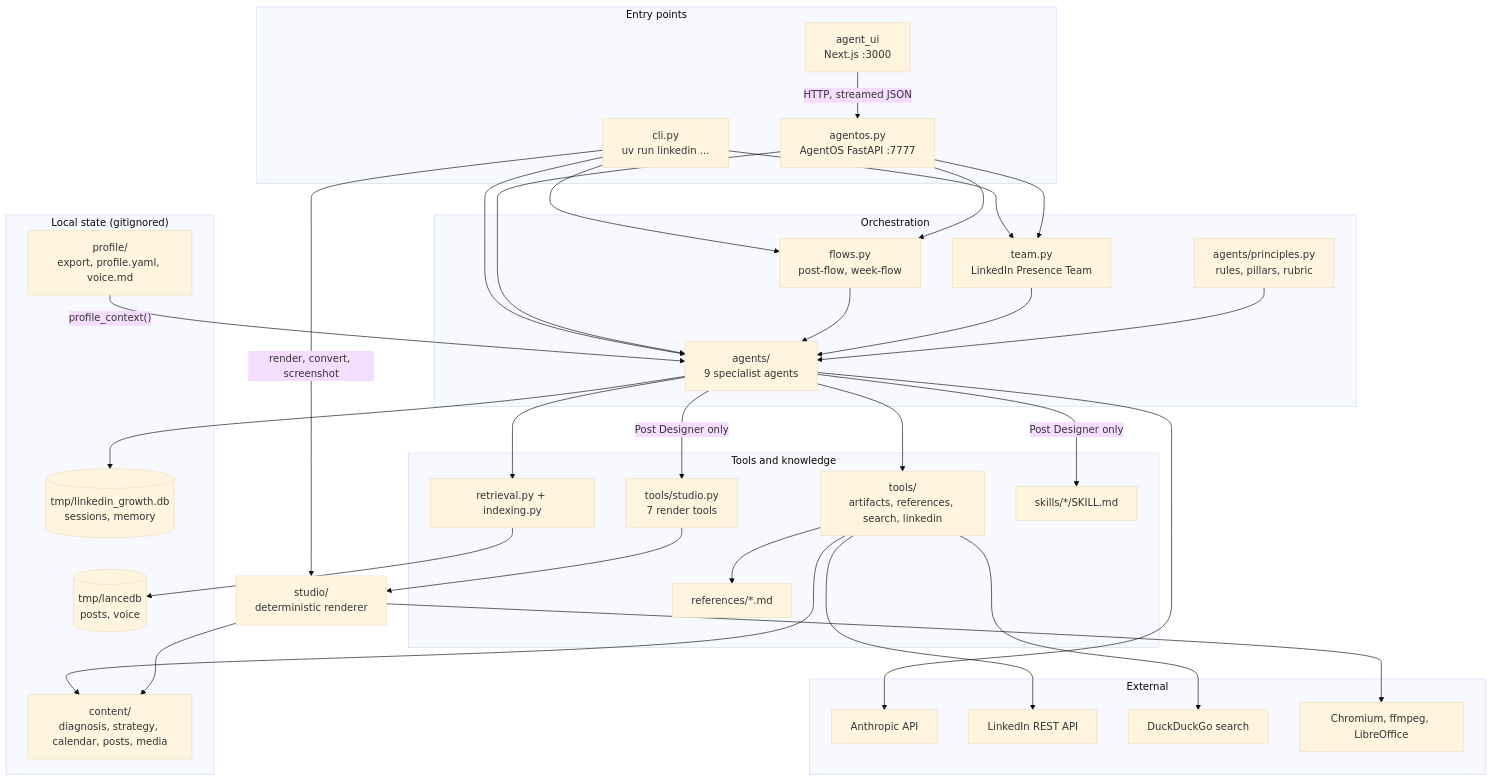
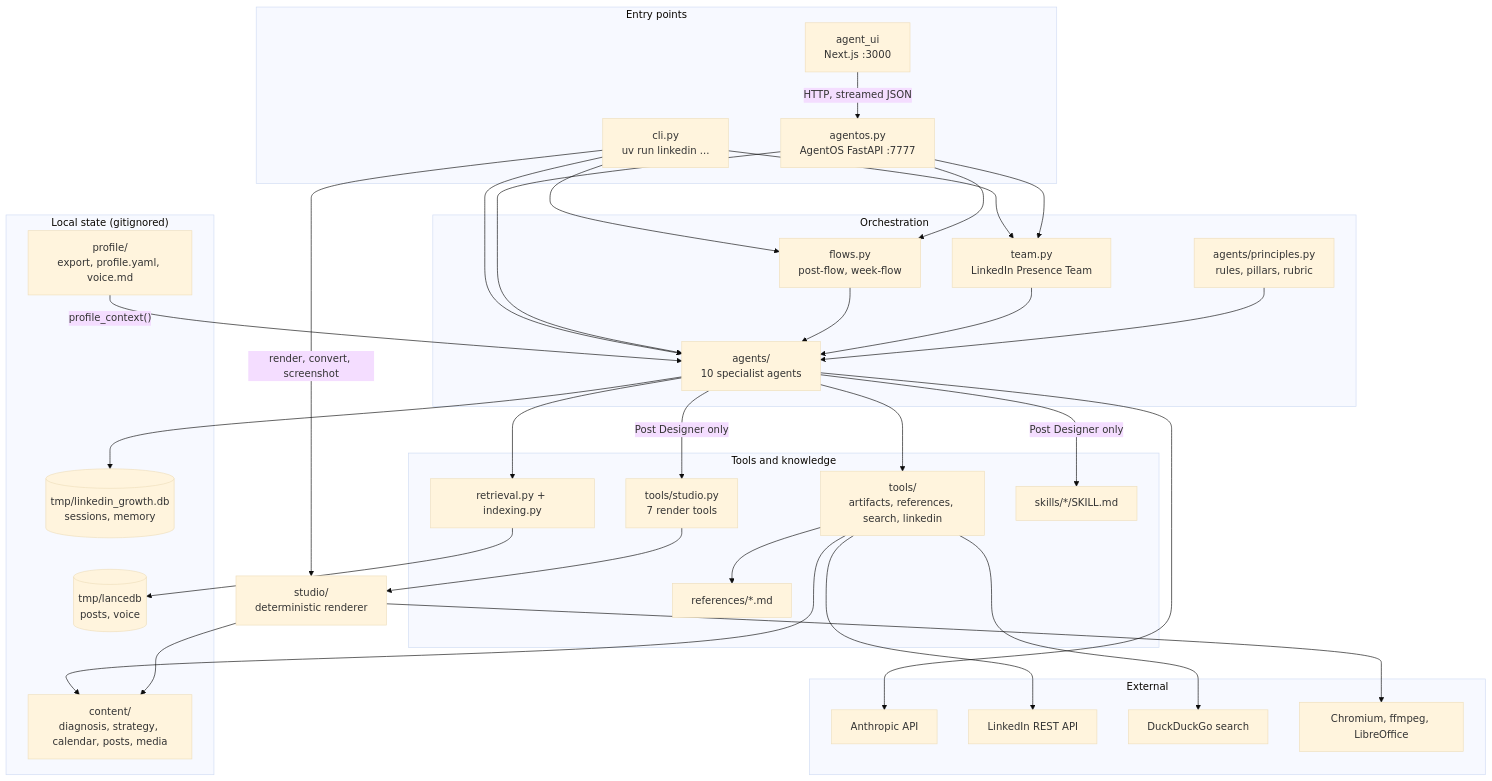
Before and after one commit to gabrantoniette/linkedin-growth-agents: the first of 6 diagrams in docs/CODEBASE_MAP.md, drawn with Mermaid (base theme). The commit also changed other lines of this file and 20 other files, not shown here.

````diff
--- a/docs/CODEBASE_MAP.md
+++ b/docs/CODEBASE_MAP.md
@@ -15,66 +15,66 @@
 ```mermaid
 graph TB
     subgraph Surfaces["Entry points"]
         CLI["cli.py<br/>uv run linkedin ..."]
         UI["agent_ui<br/>Next.js :3000"]
         OS["agentos.py<br/>AgentOS FastAPI :7777"]
     end
 
     subgraph Orchestration["Orchestration"]
         Flows["flows.py<br/>post-flow, week-flow"]
         Team["team.py<br/>LinkedIn Presence Team"]
-        Agents["agents/<br/>9 specialist agents"]
+        Agents["agents/<br/>10 specialist agents"]
         Principles["agents/principles.py<br/>rules, pillars, rubric"]
     end
 
     subgraph Capabilities["Tools and knowledge"]
         Tools["tools/<br/>artifacts, references, search, linkedin"]
         StudioTools["tools/studio.py<br/>7 render tools"]
         Retrieval["retrieval.py + indexing.py"]
         Refs["references/*.md"]
         Skills["skills/*/SKILL.md"]
     end
 
     Studio["studio/<br/>deterministic renderer"]
 
     subgraph Local["Local state (gitignored)"]
         Profile["profile/<br/>export, profile.yaml, voice.md"]
         Content["content/<br/>diagnosis, strategy, calendar, posts, media"]
         SQLite[("tmp/linkedin_growth.db<br/>sessions, memory")]
         Lance[("tmp/lancedb<br/>posts, voice")]
     end
 
     subgraph External["External"]
         Claude["Anthropic API"]
         LinkedIn["LinkedIn REST API"]
         Web["DuckDuckGo search"]
         Binaries["Chromium, ffmpeg, LibreOffice"]
     end
 
     UI -->|"HTTP, streamed JSON"| OS
     CLI --> Flows
     CLI --> Team
     CLI --> Agents
     CLI -->|"render, convert, screenshot"| Studio
     OS --> Team
     OS --> Agents
     OS --> Flows
     Flows --> Agents
     Team --> Agents
     Principles --> Agents
     Profile -->|"profile_context()"| Agents
     Agents --> Claude
     Agents --> SQLite
     Agents --> Tools
     Agents --> Retrieval
     Agents -->|"Post Designer only"| StudioTools
     Agents -->|"Post Designer only"| Skills
     Tools --> Content
     Tools --> Refs
     Tools --> LinkedIn
     Tools --> Web
     Retrieval --> Lance
     StudioTools --> Studio
     Studio --> Content
     Studio --> Binaries
 ```
````
